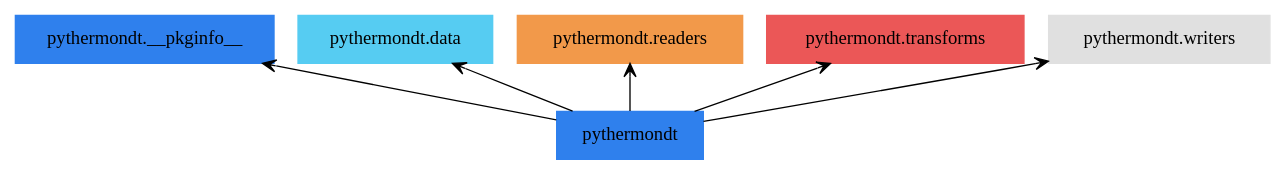
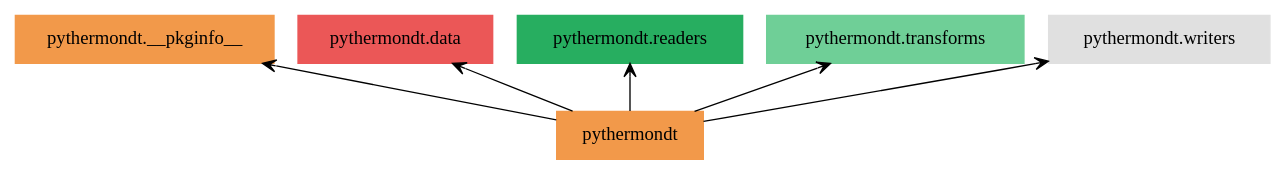
One commit to voidsy-gmbh/pyThermoNDT changed the diagram in docs/pyreverse/packages_pythermondt.gv. Above: the diagram before and after it, drawn with Graphviz. The commit also changed 25 other files, not shown here.

Commit message:
Update pyreverse diagrams

```diff
--- a/docs/pyreverse/packages_pythermondt.gv
+++ b/docs/pyreverse/packages_pythermondt.gv
@@ -1,15 +1,15 @@
 digraph "packages_pythermondt" {
 rankdir=BT
 charset="utf-8"
-"pythermondt" [color="#2F80ED", label=<pythermondt>, shape="box", style="filled"];
-"pythermondt.__pkginfo__" [color="#2F80ED", label=<pythermondt.__pkginfo__>, shape="box", style="filled"];
-"pythermondt.data" [color="#56CCF2", label=<pythermondt.data>, shape="box", style="filled"];
-"pythermondt.readers" [color="#F2994A", label=<pythermondt.readers>, shape="box", style="filled"];
-"pythermondt.transforms" [color="#EB5757", label=<pythermondt.transforms>, shape="box", style="filled"];
+"pythermondt" [color="#F2994A", label=<pythermondt>, shape="box", style="filled"];
+"pythermondt.__pkginfo__" [color="#F2994A", label=<pythermondt.__pkginfo__>, shape="box", style="filled"];
+"pythermondt.data" [color="#EB5757", label=<pythermondt.data>, shape="box", style="filled"];
+"pythermondt.readers" [color="#27AE60", label=<pythermondt.readers>, shape="box", style="filled"];
+"pythermondt.transforms" [color="#6FCF97", label=<pythermondt.transforms>, shape="box", style="filled"];
 "pythermondt.writers" [color="#E0E0E0", label=<pythermondt.writers>, shape="box", style="filled"];
 "pythermondt" -> "pythermondt.__pkginfo__" [arrowhead="open", arrowtail="none"];
 "pythermondt" -> "pythermondt.data" [arrowhead="open", arrowtail="none"];
 "pythermondt" -> "pythermondt.readers" [arrowhead="open", arrowtail="none"];
 "pythermondt" -> "pythermondt.transforms" [arrowhead="open", arrowtail="none"];
 "pythermondt" -> "pythermondt.writers" [arrowhead="open", arrowtail="none"];
 }
```
